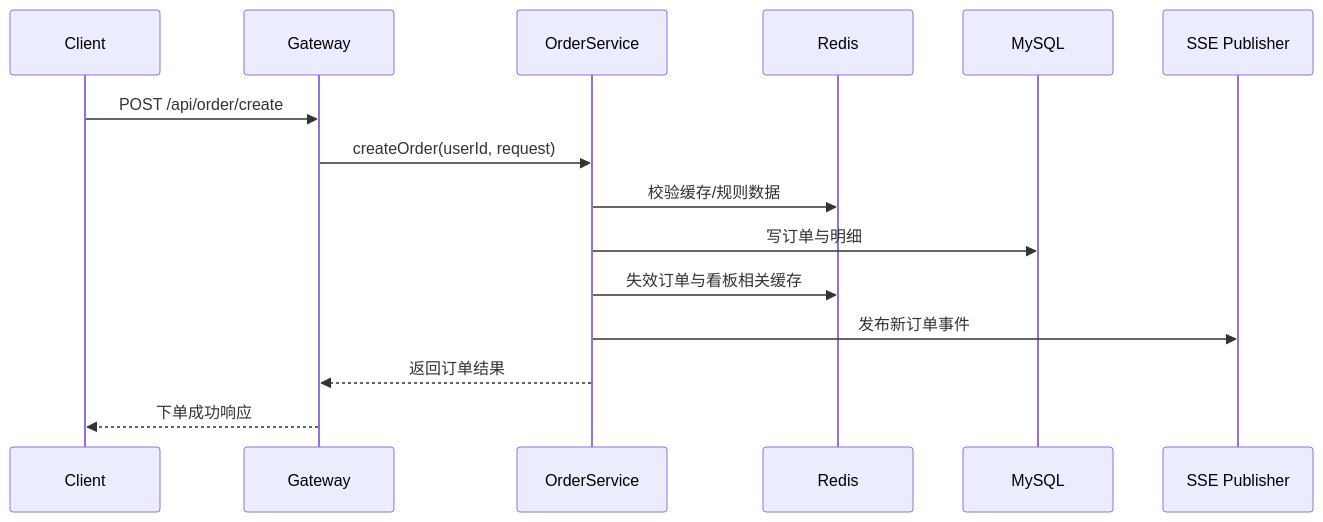
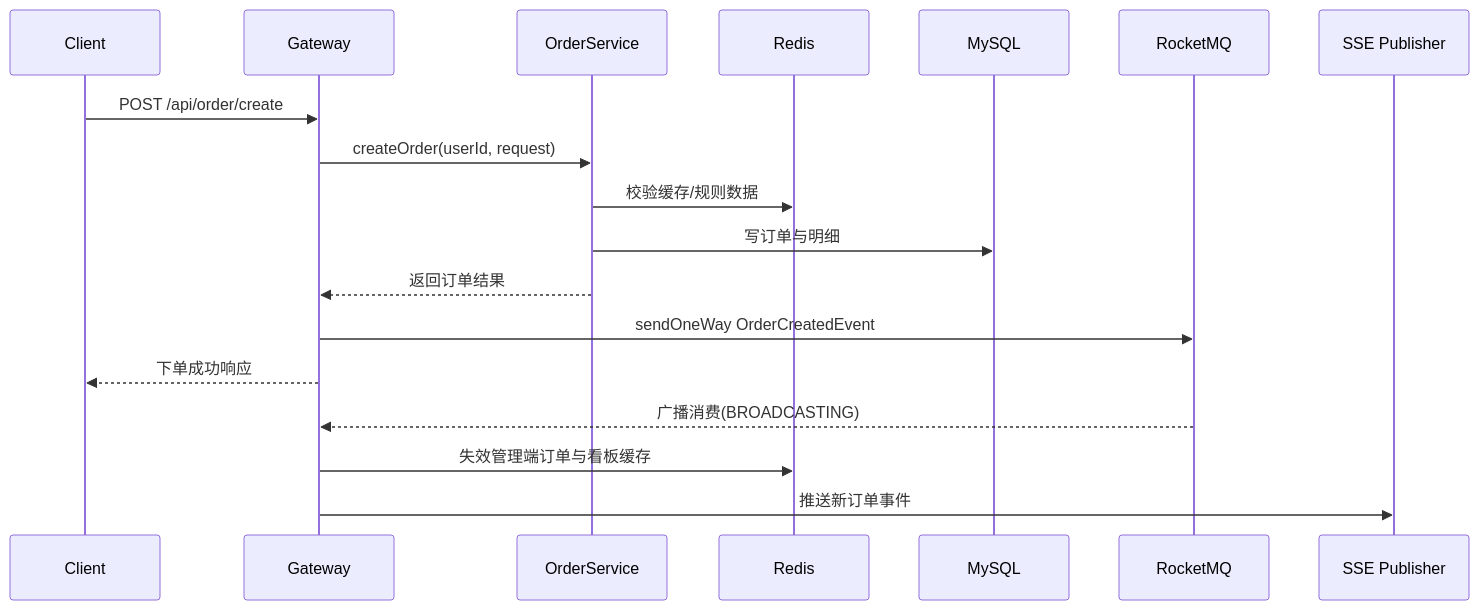
One commit to Lstarxing/cozy-coffee changed the second of 4 diagrams in README.md. Above: the diagram before and after it, drawn with Mermaid. The commit also changed other lines of this file, not shown here.

Commit message:
文档：下单时序图更新为 MQ 异步链路
- 时序图加入 RocketMQ 中间层，标注 sendOneWay 派发与 BROADCASTING 消费
- 追加 v6.2 变更说明段

````diff
--- a/README.md
+++ b/README.md
@@ -73,18 +73,21 @@
 ```mermaid
 sequenceDiagram
     participant C as Client
     participant GW as Gateway
     participant OS as OrderService
     participant RS as Redis
     participant DB as MySQL
+    participant MQ as RocketMQ
     participant SSE as SSE Publisher
 
     C->>GW: POST /api/order/create
     GW->>OS: createOrder(userId, request)
     OS->>RS: 校验缓存/规则数据
     OS->>DB: 写订单与明细
-    OS->>RS: 失效订单与看板相关缓存
-    OS->>SSE: 发布新订单事件
     OS-->>GW: 返回订单结果
+    GW->>MQ: sendOneWay OrderCreatedEvent
     GW-->>C: 下单成功响应
+    MQ-->>GW: 广播消费(BROADCASTING)
+    GW->>RS: 失效管理端订单与看板缓存
+    GW->>SSE: 推送新订单事件
 ```
````
